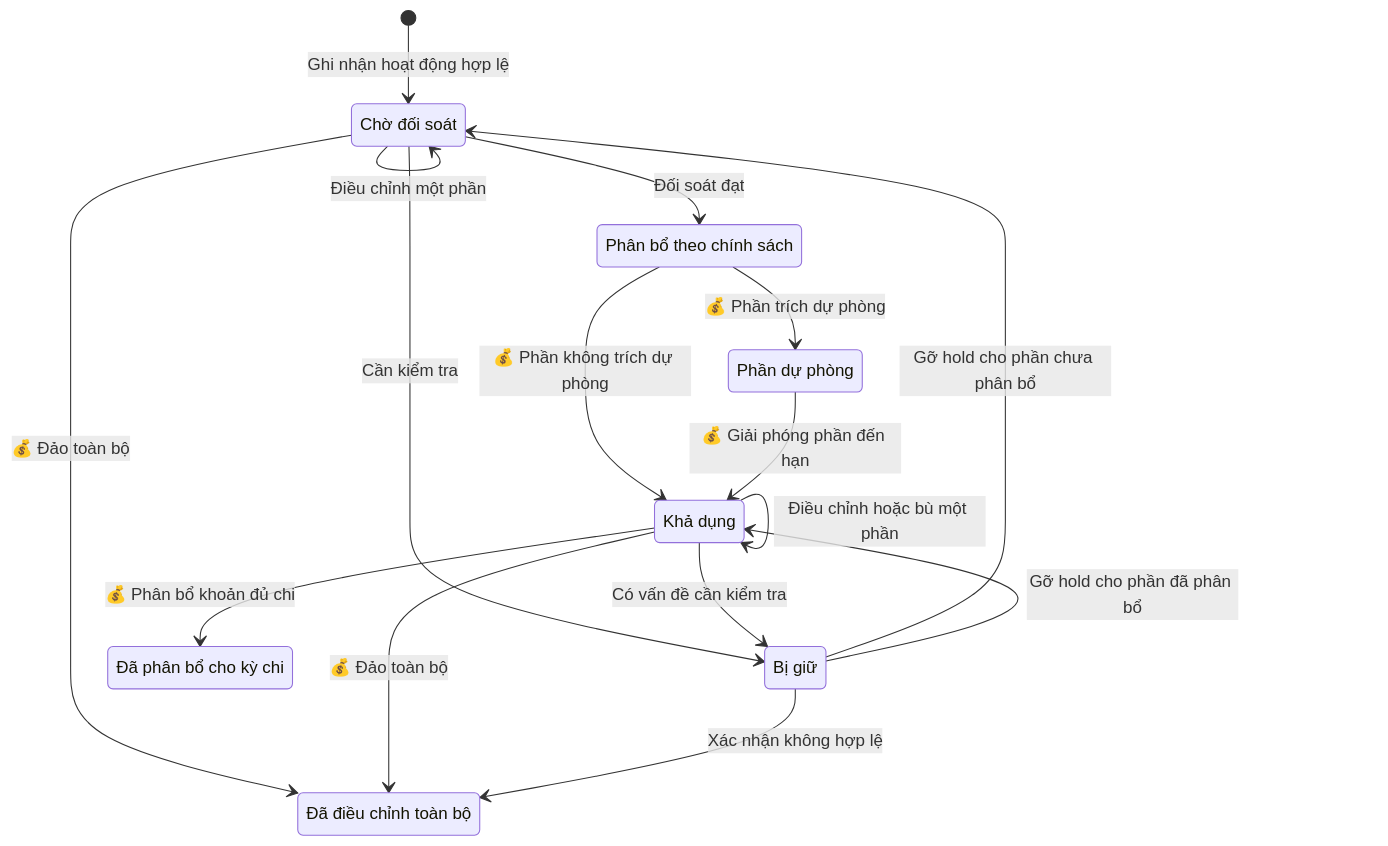
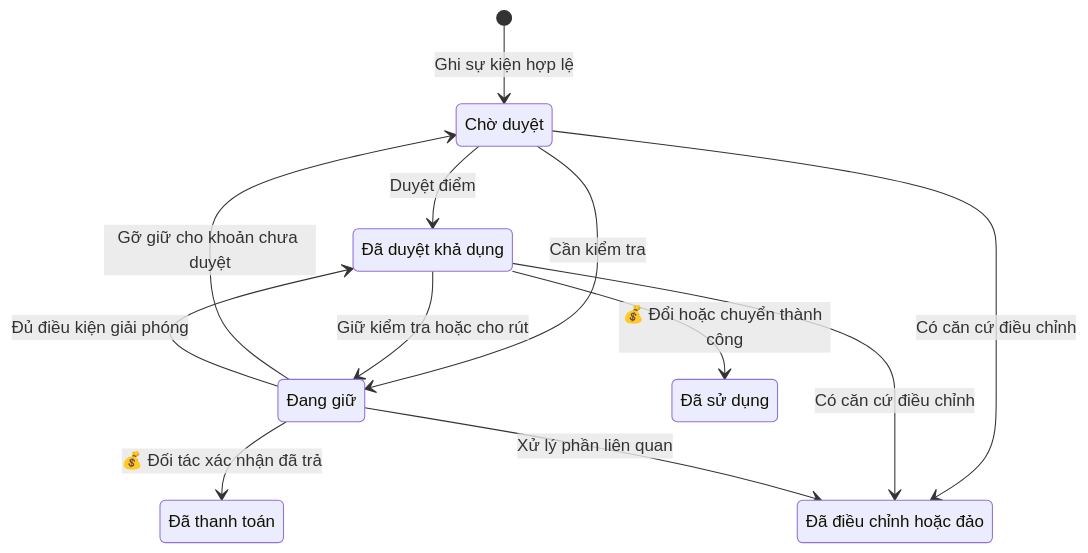
Before and after one commit to vlink-group/VlinkPay: the seventh of 9 diagrams in nexora/docs/business/business-oneqr-earnings.md, drawn with Mermaid. The commit also changed other lines of this file and 3 other files, not shown here.

Commit message:
docs(1599): cập nhật tham gia OneQR, đổi điểm và rút tiền

````diff
--- a/nexora/docs/business/business-oneqr-earnings.md
+++ b/nexora/docs/business/business-oneqr-earnings.md
@@ -292,25 +305,20 @@
 ```mermaid
 stateDiagram-v2
-    state "Chờ đối soát" as Pending
-    state "Phân bổ theo chính sách" as Allocation
-    state "Phần dự phòng" as ReservedPart
-    state "Khả dụng" as Available
-    state "Bị giữ" as Held
-    state "Đã phân bổ cho kỳ chi" as Allocated
-    state "Đã điều chỉnh toàn bộ" as Reversed
-    [*] --> Pending : Ghi nhận hoạt động hợp lệ
-    Pending --> Allocation : Đối soát đạt
-    Allocation --> Available : 💰 Phần không trích dự phòng
-    Allocation --> ReservedPart : 💰 Phần trích dự phòng
+    state "Chờ duyệt" as Pending
+    state "Đã duyệt khả dụng" as Available
+    state "Đang giữ" as Held
+    state "Đã sử dụng" as Spent
+    state "Đã thanh toán" as Paid
+    state "Đã điều chỉnh hoặc đảo" as Adjusted
+    [*] --> Pending : Ghi sự kiện hợp lệ
+    Pending --> Available : Duyệt điểm
     Pending --> Held : Cần kiểm tra
-    Available --> Held : Có vấn đề cần kiểm tra
-    Held --> Pending : Gỡ hold cho phần chưa phân bổ
-    Held --> Available : Gỡ hold cho phần đã phân bổ
-    ReservedPart --> Available : 💰 Giải phóng phần đến hạn
-    Pending --> Reversed : 💰 Đảo toàn bộ
-    Available --> Reversed : 💰 Đảo toàn bộ
-    Held --> Reversed : Xác nhận không hợp lệ
-    Pending --> Pending : Điều chỉnh một phần
-    Available --> Available : Điều chỉnh hoặc bù một phần
-    Available --> Allocated : 💰 Phân bổ khoản đủ chi
+    Available --> Held : Giữ kiểm tra hoặc cho rút
+    Held --> Pending : Gỡ giữ cho khoản chưa duyệt
+    Held --> Available : Đủ điều kiện giải phóng
+    Available --> Spent : 💰 Đổi hoặc chuyển thành công
+    Held --> Paid : 💰 Đối tác xác nhận đã trả
+    Pending --> Adjusted : Có căn cứ điều chỉnh
+    Available --> Adjusted : Có căn cứ điều chỉnh
+    Held --> Adjusted : Xử lý phần liên quan
 ```
````
